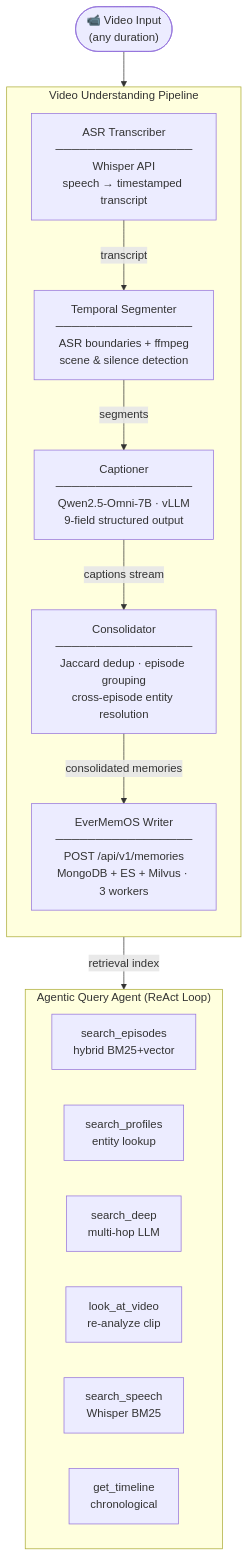
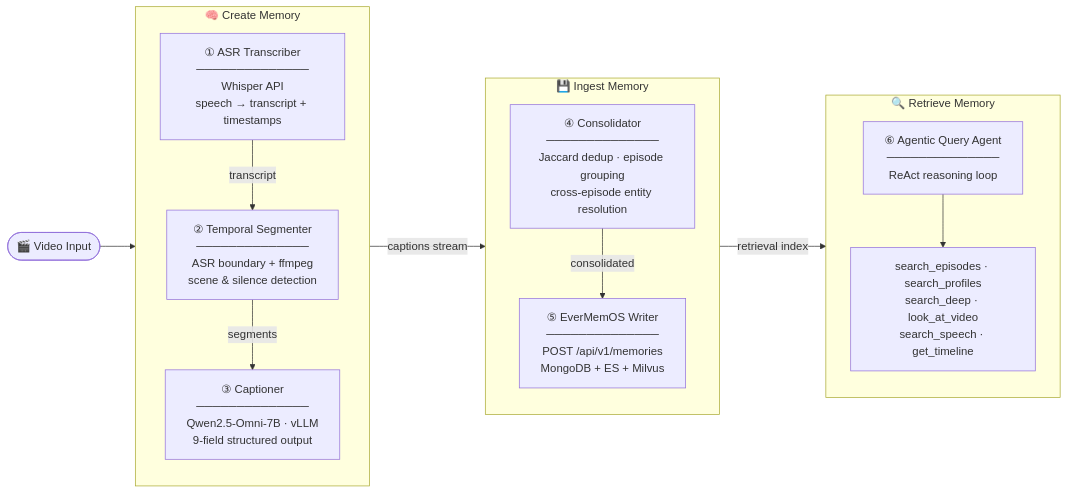
The diagram in README.md (No00el/VidEngram), drawn with Mermaid before and after one commit.

Commit message:
Update architecture diagram and section formatting

````diff
--- a/README.md
+++ b/README.md
@@ -33,31 +33,50 @@
 ```mermaid
-flowchart TD
-    VID(["📹 Video Input\n(any duration)"])
+flowchart LR
+    VID([🎬 Video Input])
 
-    subgraph PIPE ["Video Understanding Pipeline"]
-        direction TD
-        A["ASR Transcriber\n─────────────────\nWhisper API\nspeech → timestamped transcript"]
-        B["Temporal Segmenter\n─────────────────\nASR boundaries + ffmpeg\nscene & silence detection"]
-        C["Captioner\n─────────────────\nQwen2.5-Omni-7B · vLLM\n9-field structured output"]
-        D["Consolidator\n─────────────────\nJaccard dedup · episode grouping\ncross-episode entity resolution"]
-        E["EverMemOS Writer\n─────────────────\nPOST /api/v1/memories\nMongoDB + ES + Milvus · 3 workers"]
-
+    subgraph CREATE["🧠  Create Memory"]
+        direction TB
+        A["① ASR Transcriber
+──────────────
+Whisper API
+speech → transcript + timestamps"]
+        B["② Temporal Segmenter
+──────────────
+ASR boundary + ffmpeg
+scene & silence detection"]
+        C["③ Captioner
+──────────────
+Qwen2.5-Omni-7B · vLLM
+9-field structured output"]
         A -->|transcript| B
         B -->|segments| C
-        C -->|captions stream| D
-        D -->|consolidated memories| E
     end
 
-    subgraph AGENT ["Agentic Query Agent  (ReAct Loop)"]
-        direction LR
-        F1["search_episodes\nhybrid BM25+vector"]
-        F2["search_profiles\nentity lookup"]
-        F3["search_deep\nmulti-hop LLM"]
-        F4["look_at_video\nre-analyze clip"]
-        F5["search_speech\nWhisper BM25"]
-        F6["get_timeline\nchronological"]
+    subgraph INGEST["💾  Ingest Memory"]
+        direction TB
+        D["④ Consolidator
+──────────────
+Jaccard dedup · episode grouping
+cross-episode entity resolution"]
+        E["⑤ EverMemOS Writer
+──────────────
+POST /api/v1/memories
+MongoDB + ES + Milvus"]
+        D -->|consolidated| E
     end
 
-    VID --> A
-    E -->|retrieval index| AGENT
+    subgraph RETRIEVE["🔍  Retrieve Memory"]
+        direction TB
+        F["⑥ Agentic Query Agent
+──────────────
+ReAct reasoning loop"]
+        G["search_episodes · search_profiles
+search_deep · look_at_video
+search_speech · get_timeline"]
+        F --> G
+    end
+
+    VID --> CREATE
+    CREATE -->|captions stream| INGEST
+    INGEST -->|retrieval index| RETRIEVE
 ```
````
